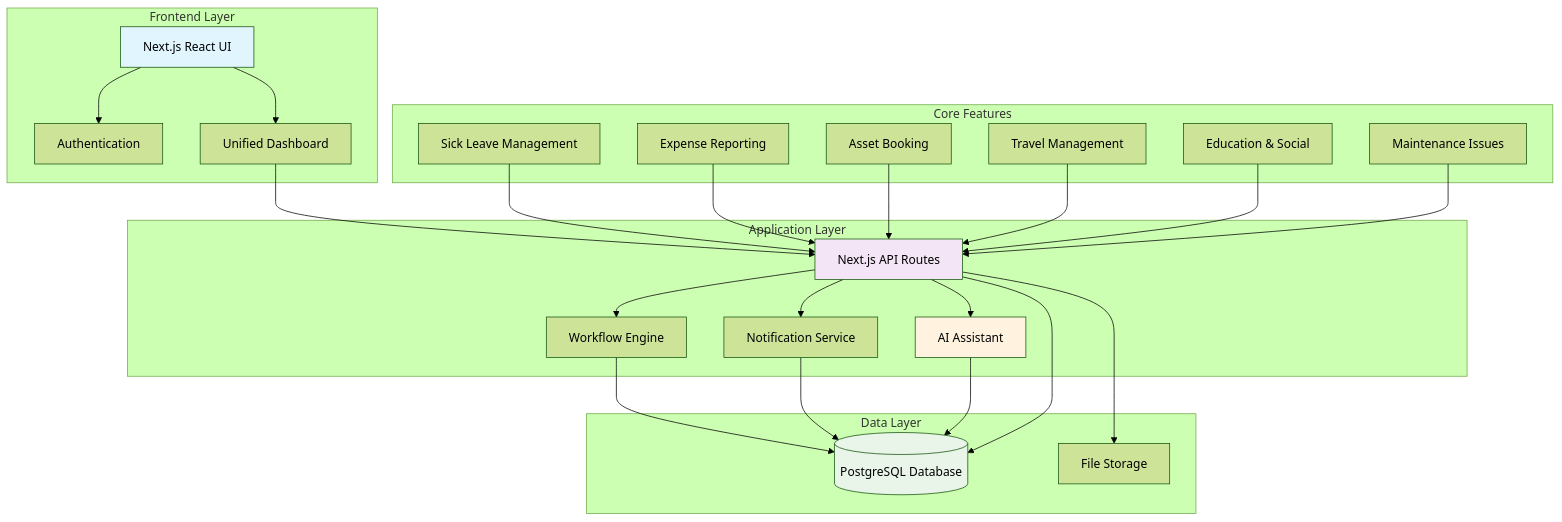
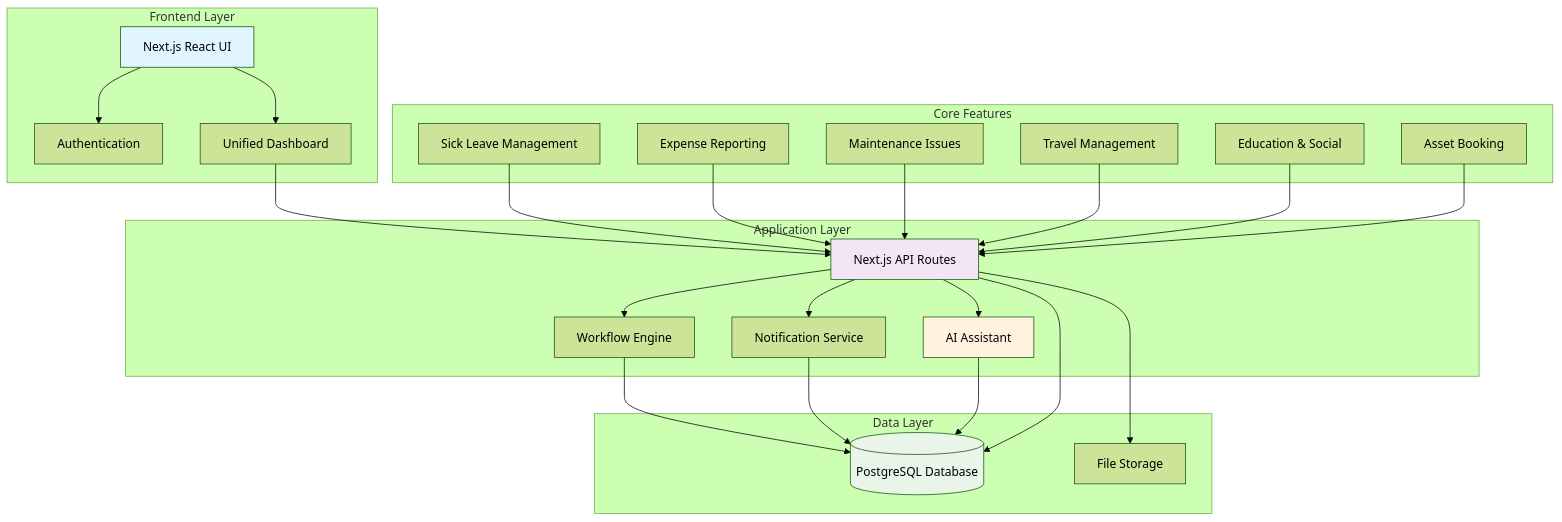
The diagram in docs_new/output/overall-structure.md (pml9/gangstasparadise), drawn with Mermaid (forest theme) before and after one commit. The commit also changed other lines of this file and 2 other files, not shown here.

````diff
--- a/docs_new/output/overall-structure.md
+++ b/docs_new/output/overall-structure.md
@@ -102,54 +172,54 @@
 ```mermaid
 graph TB
     subgraph "Frontend Layer"
         UI[Next.js React UI]
         Auth[Authentication]
         Dashboard[Unified Dashboard]
     end
     
     subgraph "Application Layer"
         API[Next.js API Routes]
         WorkflowEngine[Workflow Engine]
         NotificationService[Notification Service]
         AIAssistant[AI Assistant]
     end
     
     subgraph "Data Layer"
         DB[(PostgreSQL Database)]
         FileStorage[File Storage]
     end
     
     subgraph "Core Features"
         SickLeave[Sick Leave Management]
         Expenses[Expense Reporting]
-        AssetBooking[Asset Booking]
+        Maintenance[Maintenance Issues]
         Travel[Travel Management]
         Education[Education & Social]
-        Maintenance[Maintenance Issues]
+        AssetBooking[Asset Booking]
     end
     
     UI --> Auth
     UI --> Dashboard
     Dashboard --> API
     API --> WorkflowEngine
     API --> NotificationService
     API --> AIAssistant
     WorkflowEngine --> DB
     NotificationService --> DB
     AIAssistant --> DB
     
     SickLeave --> API
     Expenses --> API
-    AssetBooking --> API
+    Maintenance --> API
     Travel --> API
     Education --> API
-    Maintenance --> API
+    AssetBooking --> API
     
     API --> DB
     API --> FileStorage
     
     style UI fill:#e1f5fe
     style API fill:#f3e5f5
     style DB fill:#e8f5e8
     style AIAssistant fill:#fff3e0
 ```
````
